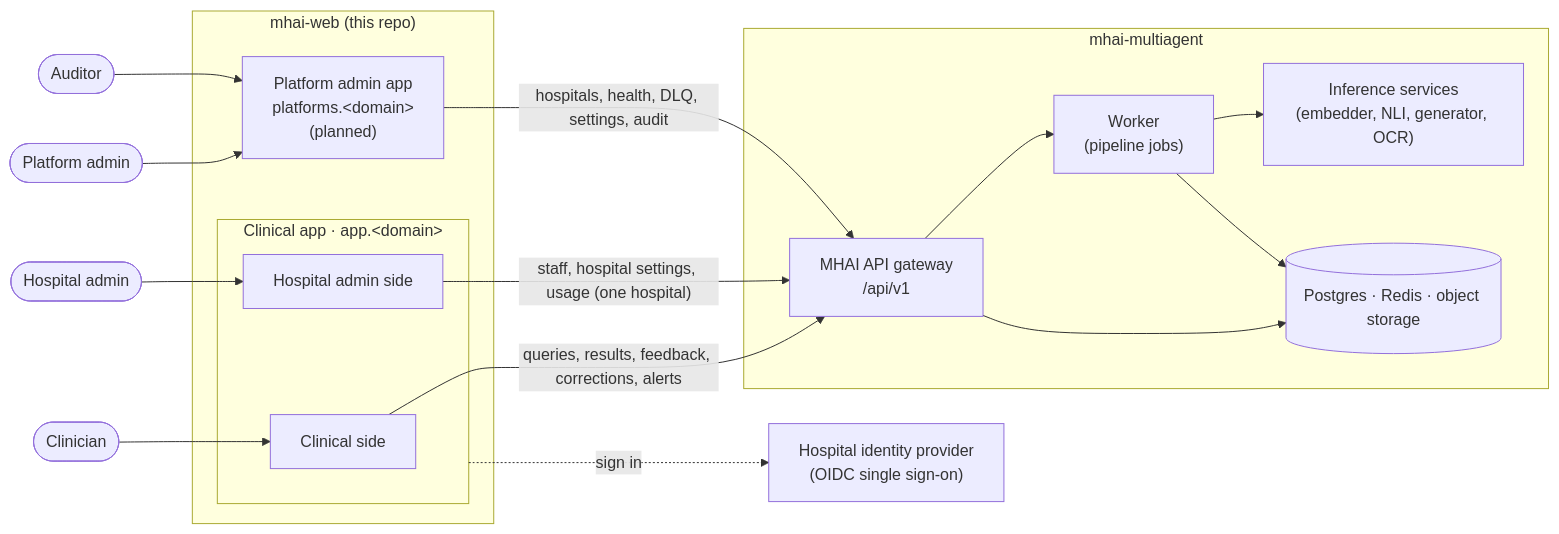
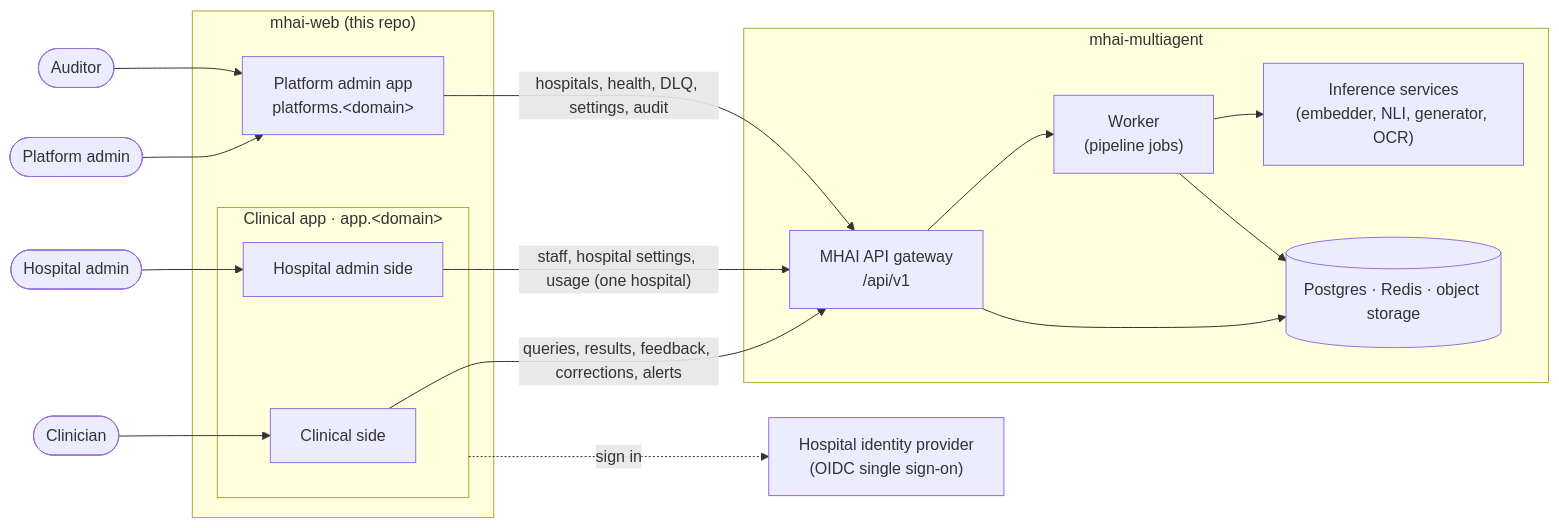
One commit to Measured-Health/mhai-web changed the first of 10 diagrams in ARCHITECTURE.md. Above: the diagram before and after it, drawn with Mermaid. The commit also changed other lines of this file and 15 other files, not shown here.

Commit message:
Test the platform app end to end; document the demo; drop the clinical 403 link

````diff
--- a/ARCHITECTURE.md
+++ b/ARCHITECTURE.md
@@ -27,36 +27,36 @@
 ```mermaid
 flowchart LR
     clin([Clinician])
     hadm([Hospital admin])
     padm([Platform admin])
     aud([Auditor])
 
     subgraph web["mhai-web (this repo)"]
         subgraph capp["Clinical app · app.&lt;domain&gt;"]
             cside["Clinical side"]
             hside["Hospital admin side"]
         end
-        aapp["Platform admin app<br/>platforms.&lt;domain&gt;<br/>(planned)"]
+        aapp["Platform admin app<br/>platforms.&lt;domain&gt;"]
     end
 
     idp["Hospital identity provider<br/>(OIDC single sign-on)"]
 
     subgraph api["mhai-multiagent"]
         gw["MHAI API gateway<br/>/api/v1"]
         wk["Worker<br/>(pipeline jobs)"]
         inf["Inference services<br/>(embedder, NLI, generator, OCR)"]
         db[("Postgres · Redis · object storage")]
     end
 
     clin --> cside
     hadm --> hside
     padm --> aapp
     aud --> aapp
     cside -- "queries, results, feedback, corrections, alerts" --> gw
     hside -- "staff, hospital settings, usage (one hospital)" --> gw
     aapp -- "hospitals, health, DLQ, settings, audit" --> gw
     capp -. "sign in" .-> idp
     gw --> wk --> inf
     gw --> db
     wk --> db
 ```
````
